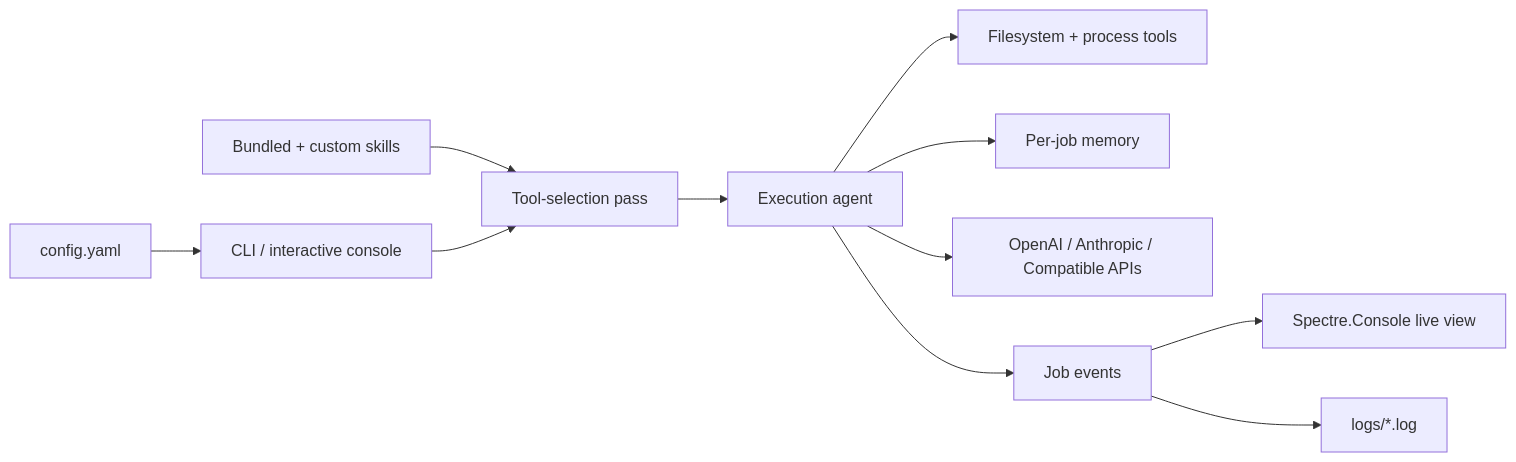
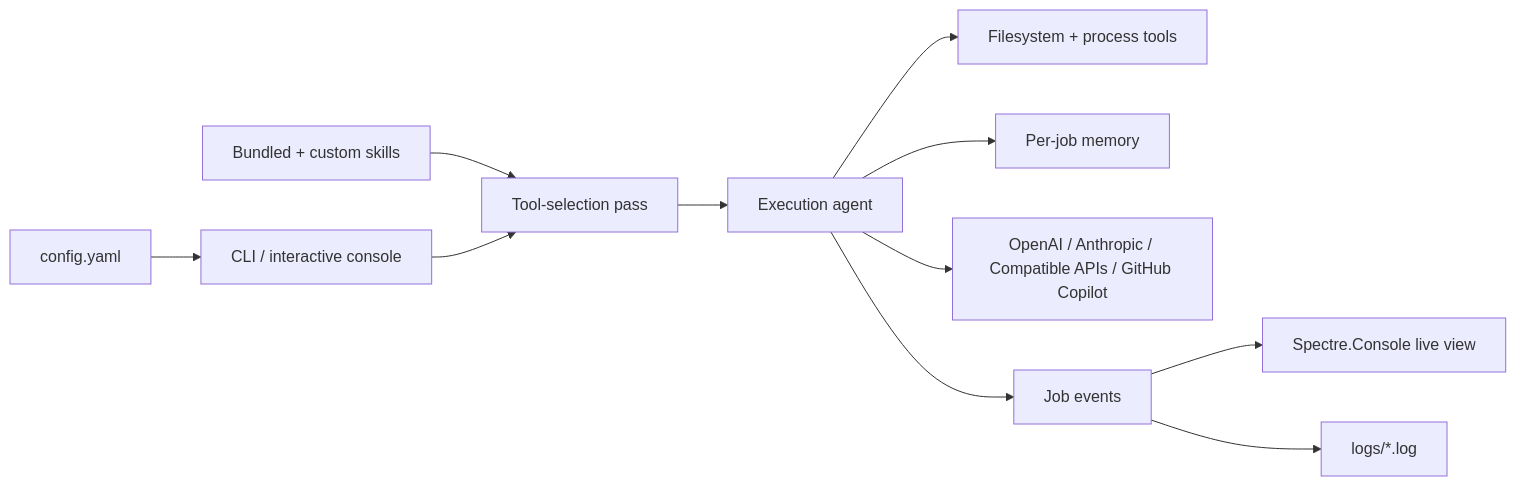
Before and after one commit to jihadkhawaja/OneShotPrompt: the diagram in README.md, drawn with Mermaid. The commit also changed other lines of this file and 20 other files, not shown here.

First line of the commit message:
feat: Add GitHub Copilot support and improve agent management

````diff
--- a/README.md
+++ b/README.md
@@ -20,13 +20,13 @@
 ```mermaid
 flowchart LR
   Config["config.yaml"] --> Console["CLI / interactive console"]
   Skills["Bundled + custom skills"] --> Selector["Tool-selection pass"]
   Console --> Selector
   Selector --> Agent["Execution agent"]
   Agent --> Tools["Filesystem + process tools"]
   Agent --> Memory["Per-job memory"]
-  Agent --> Providers["OpenAI / Anthropic / Compatible APIs"]
+  Agent --> Providers["OpenAI / Anthropic / Compatible APIs / GitHub Copilot"]
   Agent --> Events["Job events"]
   Events --> Terminal["Spectre.Console live view"]
   Events --> Logs["logs/*.log"]
 ```
````
